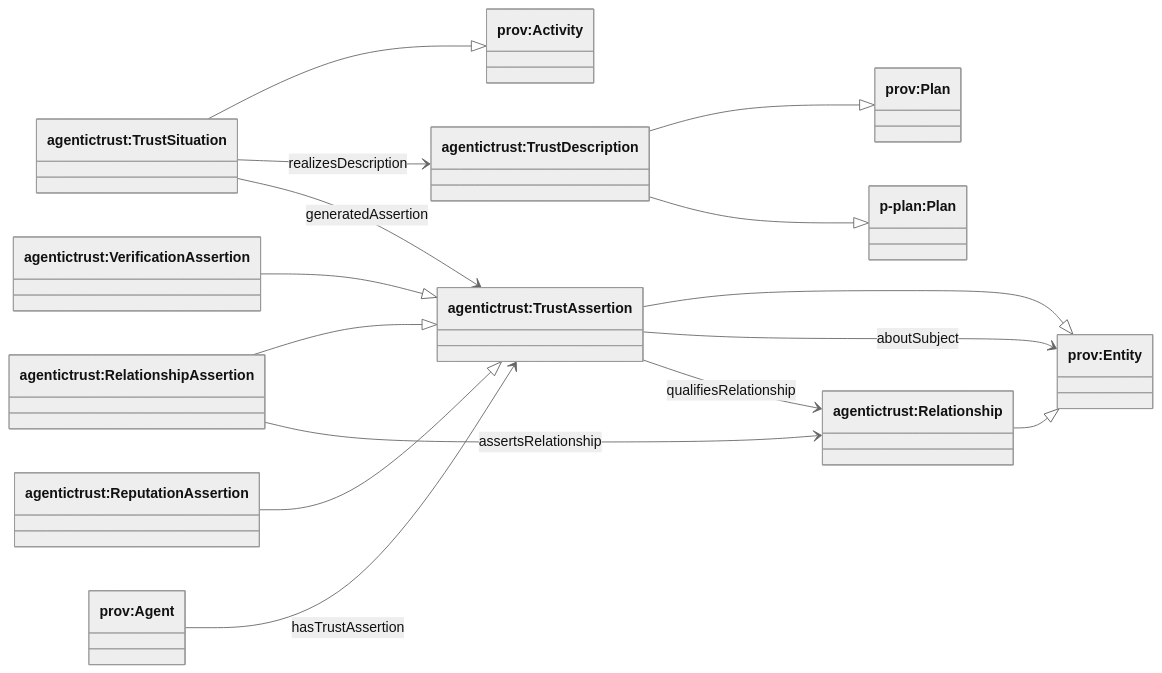
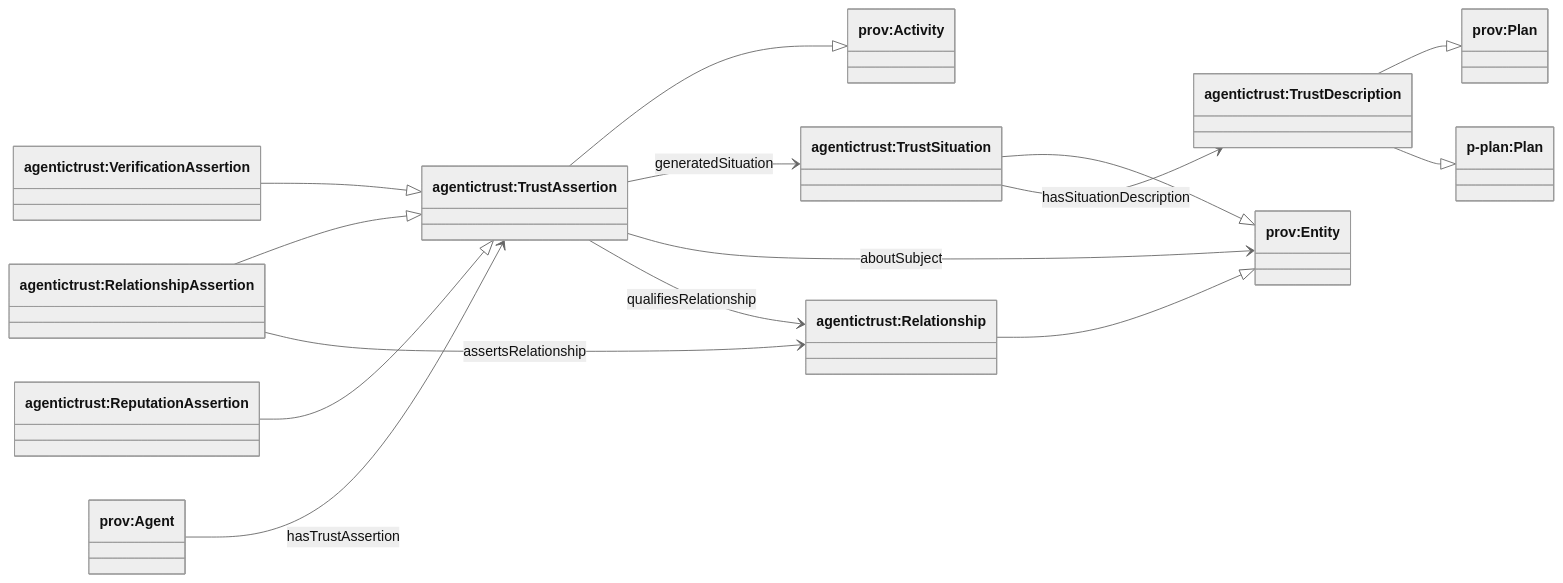
One commit to Agentic-Trust-Layer/agent-explorer changed the first of 2 diagrams in docs/ontology/agentictrust-overview.md. Above: the diagram before and after it, drawn with Mermaid (neutral theme). The commit also changed other lines of this file and 18 other files, not shown here.

````diff
--- a/docs/ontology/agentictrust-overview.md
+++ b/docs/ontology/agentictrust-overview.md
@@ -47,34 +47,34 @@
 ```mermaid
 classDiagram
 direction LR
 
 class provPlan["prov:Plan"]
 class pplanPlan["p-plan:Plan"]
 class provActivity["prov:Activity"]
 class provEntity["prov:Entity"]
 class provAgent["prov:Agent"]
 
 class TrustDescription["agentictrust:TrustDescription"]
 class TrustSituation["agentictrust:TrustSituation"]
 class TrustAssertion["agentictrust:TrustAssertion"]
 class VerificationAssertion["agentictrust:VerificationAssertion"]
 class ReputationAssertion["agentictrust:ReputationAssertion"]
 class Relationship["agentictrust:Relationship"]
 class RelationshipAssertion["agentictrust:RelationshipAssertion"]
 
 TrustDescription --|> provPlan
 TrustDescription --|> pplanPlan
-TrustSituation --|> provActivity
-TrustAssertion --|> provEntity
+TrustSituation --|> provEntity
+TrustAssertion --|> provActivity
 VerificationAssertion --|> TrustAssertion
 ReputationAssertion --|> TrustAssertion
 Relationship --|> provEntity
 RelationshipAssertion --|> TrustAssertion
 
-TrustSituation --> TrustDescription : realizesDescription
-TrustSituation --> TrustAssertion : generatedAssertion
+TrustSituation --> TrustDescription : hasSituationDescription
+TrustAssertion --> TrustSituation : generatedSituation
 TrustAssertion --> provEntity : aboutSubject
 RelationshipAssertion --> Relationship : assertsRelationship
 TrustAssertion --> Relationship : qualifiesRelationship
 provAgent --> TrustAssertion : hasTrustAssertion
 ```
````
